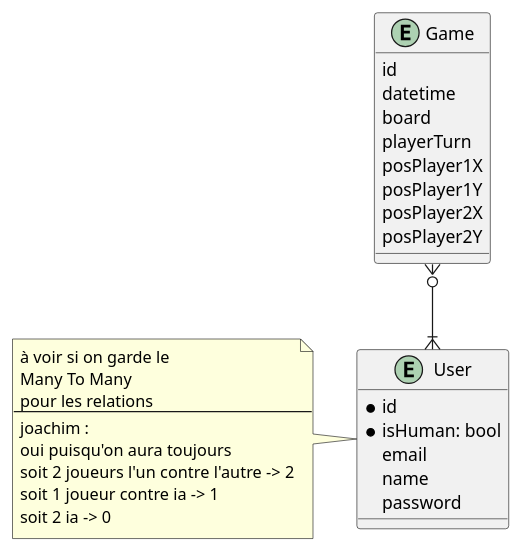
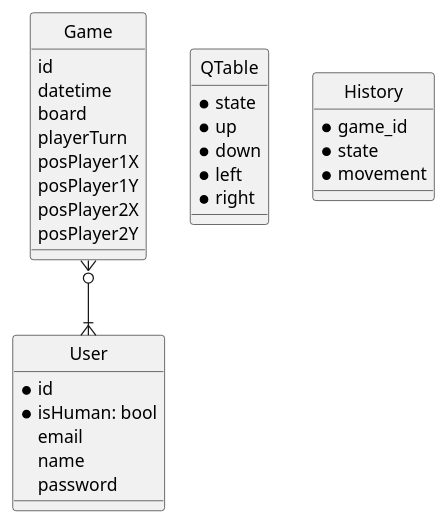
One commit to vsantele/IG3-projet-ia changed the diagram in schema/DB.puml. Above: the diagram before and after it, drawn with PlantUML. The commit also changed 6 other files, not shown here.

```diff
--- a/schema/DB.puml
+++ b/schema/DB.puml
@@ -1,39 +1,54 @@
 @startuml database
 
+hide circle
 
 entity Game{
     id
     datetime
     board 
     playerTurn
     posPlayer1X
     posPlayer1Y
     posPlayer2X
     posPlayer2Y
 }
 
 
 entity User{
     *id 
     *isHuman: bool
     email
     name 
     password
     
 }
 
+entity QTable {
+    *state
+    *up
+    *down
+    *left
+    *right
+}
+
+entity History {
+    *game_id
+    *state
+    *movement
+}
+
 
 Game }o--|{ User
-note left
-à voir si on garde le
-Many To Many
-pour les relations
---
-joachim :
-oui puisqu'on aura toujours 
-soit 2 joueurs l'un contre l'autre -> 2
-soit 1 joueur contre ia -> 1
-soit 2 ia -> 0
-end note
+' note left
+' à voir si on garde le
+' Many To Many
+' pour les relations
+' --
+' joachim :
+' oui puisqu'on aura toujours 
+' soit 2 joueurs l'un contre l'autre -> 2
+' soit 1 joueur contre ia -> 1
+' soit 2 ia -> 0
+' end note
 
 @enduml
```
